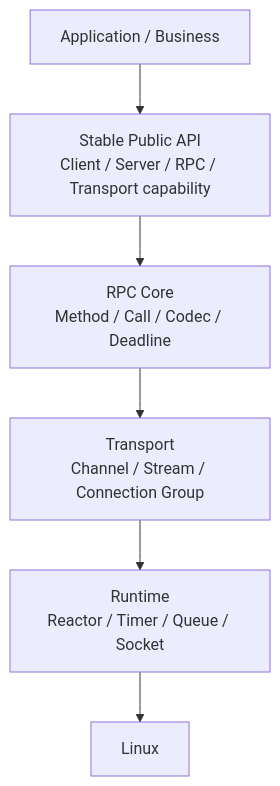
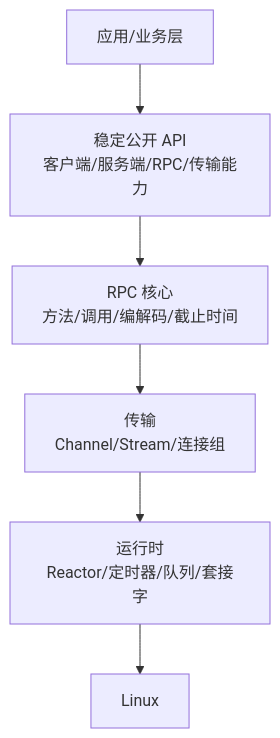
One commit to MyBlackHole/c-trpc changed the second of 2 diagrams in docs/architecture/00-overview.md. Above: the diagram before and after it, drawn with Mermaid. The commit also changed other lines of this file, not shown here.

````diff
--- a/docs/architecture/00-overview.md
+++ b/docs/architecture/00-overview.md
@@ -160,15 +158,15 @@
 ```mermaid
 flowchart TB
-    APP["Application / Business"]
-    PUB["Stable Public API\nClient / Server / RPC / Transport capability"]
-    RPC["RPC Core\nMethod / Call / Codec / Deadline"]
-    TR["Transport\nChannel / Stream / Connection Group"]
-    RT["Runtime\nReactor / Timer / Queue / Socket"]
+    APP["应用/业务层"]
+    PUB["稳定公开 API\n客户端/服务端/RPC/传输能力"]
+    RPC["RPC 核心\n方法/调用/编解码/截止时间"]
+    TR["传输\nChannel/Stream/连接组"]
+    RT["运行时\nReactor/定时器/队列/套接字"]
     OS["Linux"]
 
     APP --> PUB
     PUB --> RPC
     RPC --> TR
     TR --> RT
     RT --> OS
 ```
````
